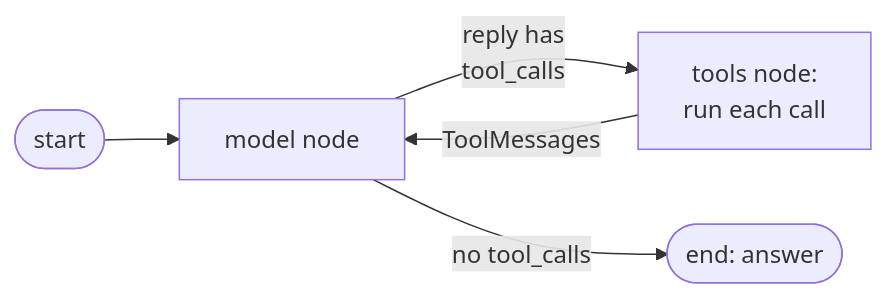
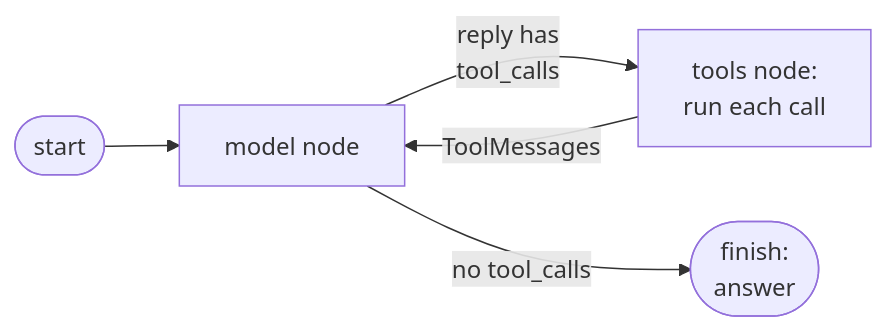
The sixth of 7 diagrams in src/Data/aiStackDocs/CH-13.md (shubamchaudhary/CodeNITW), drawn with Mermaid before and after one commit. The commit also changed other lines of this file and 7 other files, not shown here.

````diff
--- a/src/Data/aiStackDocs/CH-13.md
+++ b/src/Data/aiStackDocs/CH-13.md
@@ -249,7 +260,7 @@
 ```mermaid
 flowchart LR
     S(["start"]) --> M["model node"]
     M -->|"reply has<br/>tool_calls"| T["tools node:<br/>run each call"]
     T -->|"ToolMessages"| M
-    M -->|"no tool_calls"| E(["end: answer"])
+    M -->|"no tool_calls"| E(["finish:<br/>answer"])
 ```
````
